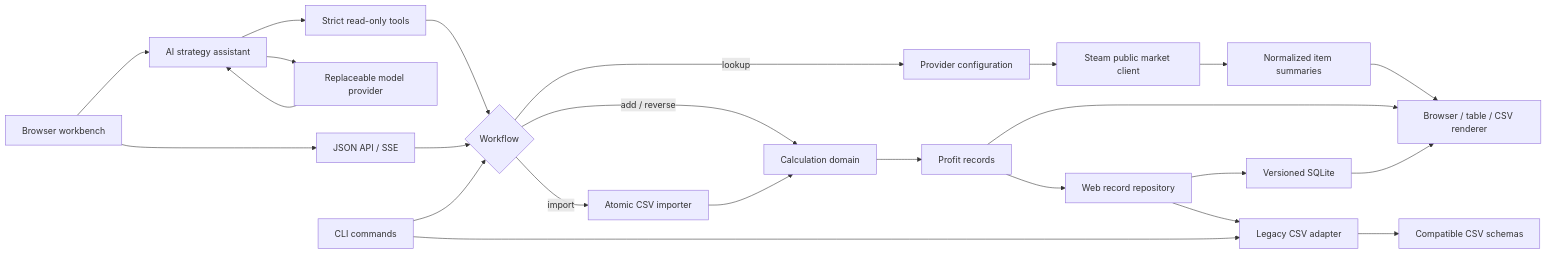
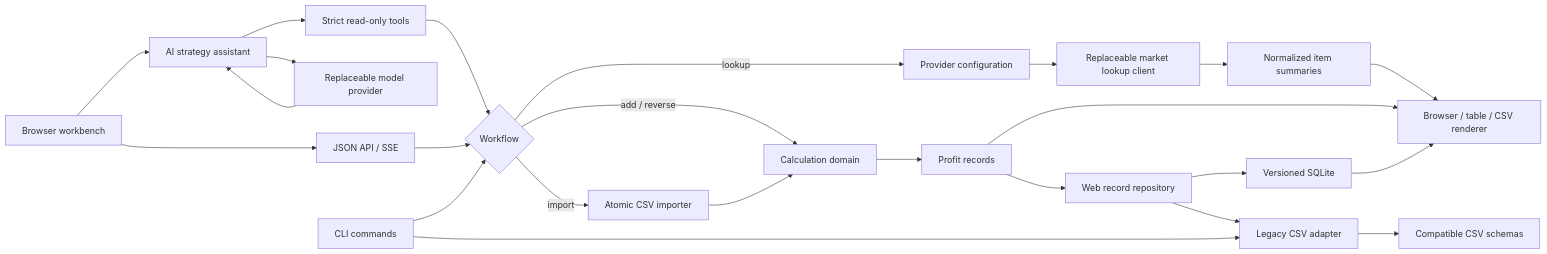
One commit to NoireOffical/steam-profit-calculator changed the diagram in README.md. Above: the diagram before and after it, drawn with Mermaid. The commit also changed other lines of this file and 24 other files, not shown here.

````diff
--- a/README.md
+++ b/README.md
@@ -43,28 +54,28 @@
 ```mermaid
 flowchart LR
     W["Browser workbench"] --> A["JSON API / SSE"]
     W --> M["AI strategy assistant"]
     M --> P["Replaceable model provider"]
     P --> M
     M --> T["Strict read-only tools"]
     T --> B
     A --> B{"Workflow"}
     L["CLI commands"] --> B
     B -->|"lookup"| C["Provider configuration"]
-    C --> D["Steam public market client"]
+    C --> D["Replaceable market lookup client"]
     D --> E["Normalized item summaries"]
 
     B -->|"add / reverse"| F["Calculation domain"]
     B -->|"import"| G["Atomic CSV importer"]
     G --> F
     F --> H["Profit records"]
 
     H --> R["Web record repository"]
     R --> I["Versioned SQLite"]
     R --> J["Legacy CSV adapter"]
     L --> J
     J --> Q["Compatible CSV schemas"]
     E --> K["Browser / table / CSV renderer"]
     H --> K
     I --> K
 ```
````
